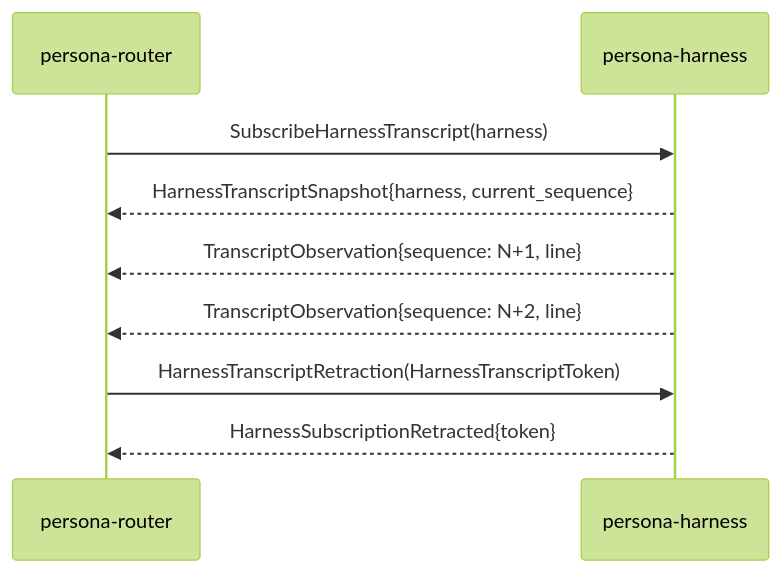
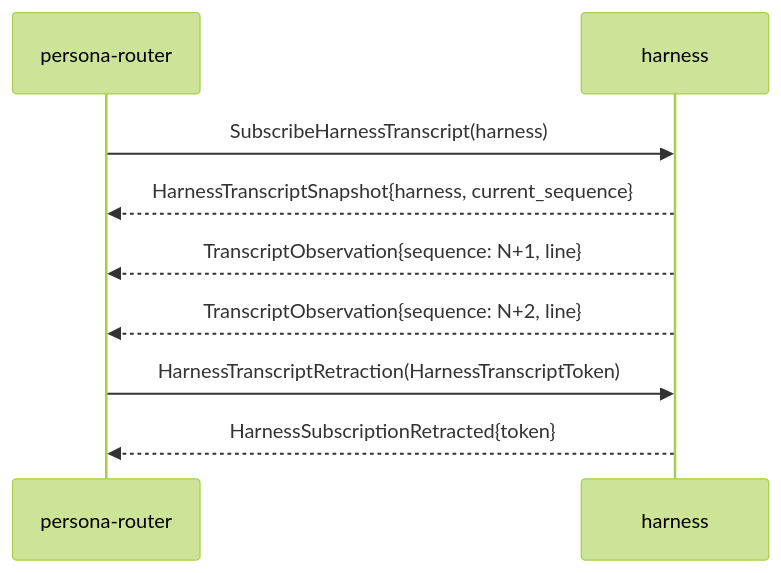
Before and after one commit to LiGoldragon/signal-harness: the diagram in ARCHITECTURE.md, drawn with Mermaid (forest theme). The commit also changed other lines of this file and 9 other files, not shown here.

Commit message:
signal-harness: rename from signal-persona-harness

````diff
--- a/ARCHITECTURE.md
+++ b/ARCHITECTURE.md
@@ -102,12 +102,12 @@
 ```mermaid
 sequenceDiagram
     participant Router as persona-router
-    participant Harness as persona-harness
+    participant Harness as harness
 
     Router->>Harness: SubscribeHarnessTranscript(harness)
     Harness-->>Router: HarnessTranscriptSnapshot{harness, current_sequence}
     Harness-->>Router: TranscriptObservation{sequence: N+1, line}
     Harness-->>Router: TranscriptObservation{sequence: N+2, line}
     Router->>Harness: HarnessTranscriptRetraction(HarnessTranscriptToken)
     Harness-->>Router: HarnessSubscriptionRetracted{token}
 ```
````
